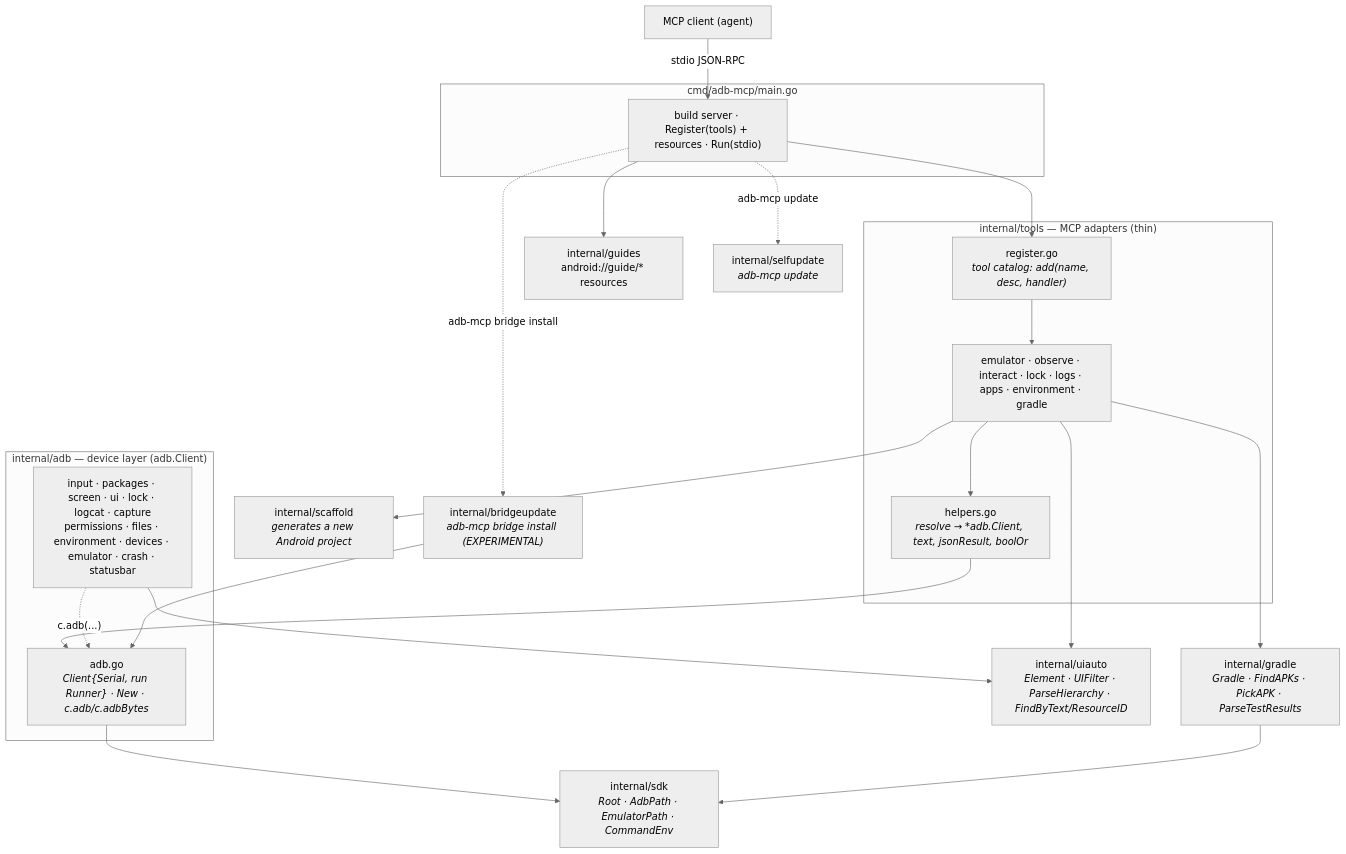
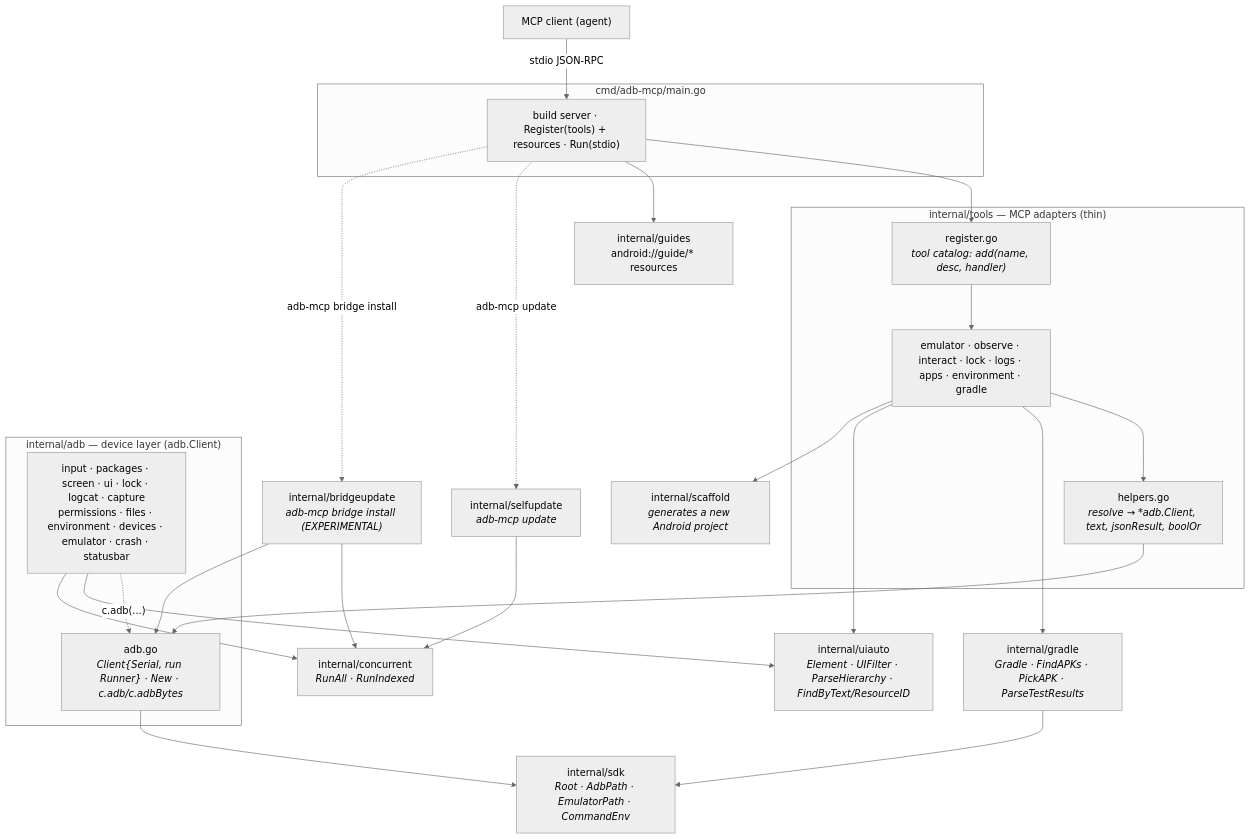
One commit to iksnerd/adb-mcp changed the diagram in ARCHITECTURE.md. Above: the diagram before and after it, drawn with Mermaid (neutral theme). The commit also changed other lines of this file and 18 other files, not shown here.

````diff
--- a/ARCHITECTURE.md
+++ b/ARCHITECTURE.md
@@ -36,46 +38,50 @@
 ```mermaid
 flowchart TB
     client["MCP client (agent)"]
 
     subgraph entry["cmd/adb-mcp/main.go"]
         server["build server · Register(tools) + resources · Run(stdio)"]
     end
 
     subgraph tools["internal/tools — MCP adapters (thin)"]
         register["register.go<br/><i>tool catalog: add(name, desc, handler)</i>"]
         t_files["emulator · observe · interact · lock · logs · apps · environment · gradle"]
         t_helpers["helpers.go<br/><i>resolve → *adb.Client, text, jsonResult, boolOr</i>"]
     end
 
     subgraph adb["internal/adb — device layer (adb.Client)"]
         client_t["adb.go<br/><i>Client{Serial, run Runner} · New · c.adb/c.adbBytes</i>"]
         a_cmds["input · packages · screen · ui · lock · logcat · capture<br/>permissions · files · environment · devices · emulator · crash · statusbar"]
     end
 
     gradle["internal/gradle<br/><i>Gradle · FindAPKs · PickAPK · ParseTestResults</i>"]
     uiauto["internal/uiauto<br/><i>Element · UIFilter · ParseHierarchy · FindByText/ResourceID</i>"]
     sdk["internal/sdk<br/><i>Root · AdbPath · EmulatorPath · CommandEnv</i>"]
+    concurrent["internal/concurrent<br/><i>RunAll · RunIndexed</i>"]
     guides["internal/guides<br/>android://guide/* resources"]
     scaffold["internal/scaffold<br/><i>generates a new Android project</i>"]
     selfupdate["internal/selfupdate<br/><i>adb-mcp update</i>"]
     bridgeupdate["internal/bridgeupdate<br/><i>adb-mcp bridge install (EXPERIMENTAL)</i>"]
 
     client -->|stdio JSON-RPC| server
     server --> register
     server --> guides
     server -. "adb-mcp update" .-> selfupdate
     server -. "adb-mcp bridge install" .-> bridgeupdate
     register --> t_files
     t_files --> t_helpers
 
     t_helpers --> client_t
     t_files --> gradle
     t_files --> uiauto
     t_files --> scaffold
 
     a_cmds -. "c.adb(...)" .-> client_t
     a_cmds --> uiauto
+    a_cmds --> concurrent
     bridgeupdate --> client_t
+    bridgeupdate --> concurrent
+    selfupdate --> concurrent
     client_t --> sdk
     gradle --> sdk
 ```
````
